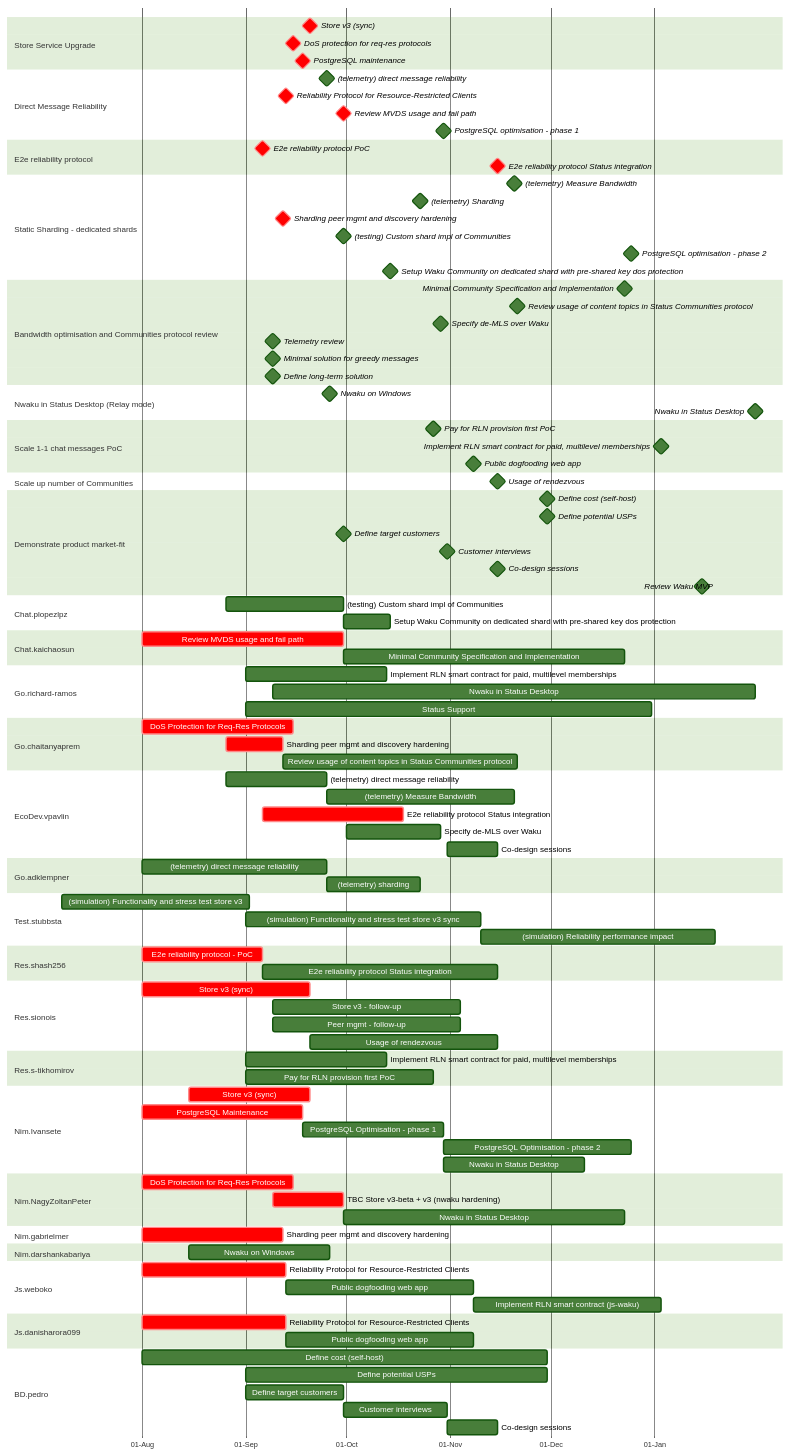
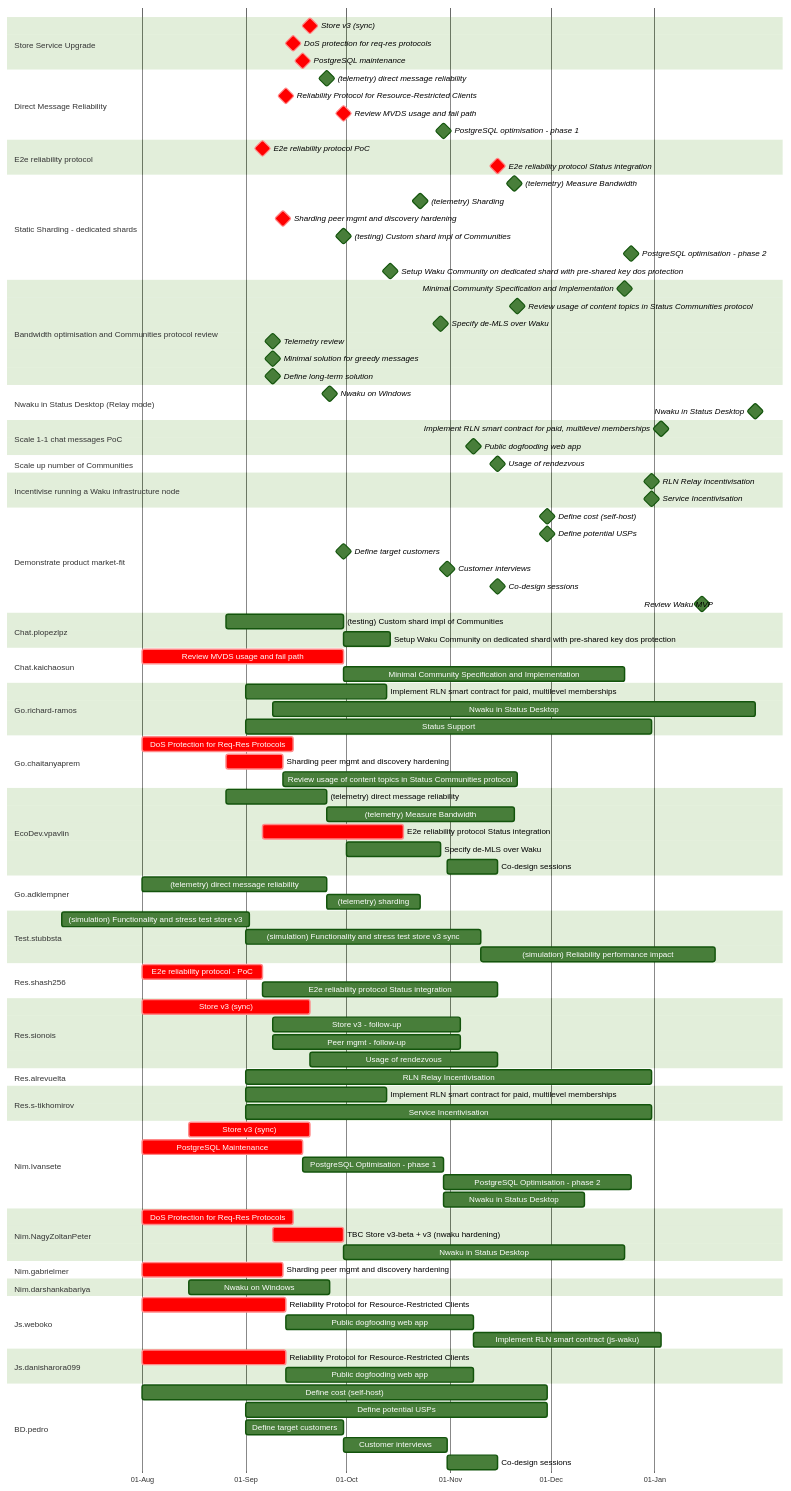
Before and after one commit to logos-co/roadmap: the diagram in content/waku/2024-gantt.md, drawn with Mermaid (forest theme).

Commit message:
incentivisation

```diff
--- a/content/waku/2024-gantt.md
+++ b/content/waku/2024-gantt.md
@@ -66,11 +66,13 @@
         Nwaku on Windows: milestone, after n-nwaku-windows, 0
         Nwaku in Status Desktop: milestone, after n-nwaku-status-desktop, 0
     section Scale 1-1 chat messages PoC
-        Pay for RLN provision first PoC: milestone, after r-rlnaas, 0
         Implement RLN smart contract for paid, multilevel memberships: milestone, after r-rln-sc n-rln-sc j-rln-sc, 0
         Public dogfooding web app: milestone, after j-pub-dogfood-web-app-1 j-pub-dogfood-web-app-2, 0
     section Scale up number of Communities
         Usage of rendezvous: milestone, after r-rendezvous, 0
+    section Incentivise running a Waku infrastructure node
+        RLN Relay Incentivisation: milestone, after r-rln-relay-incent, 0
+        Service Incentivisation: milestone, after r-svc-incent, 0
     section Demonstrate product market-fit
         Define cost (self-host): milestone, after bd-define-cost, 0
         Define potential USPs: milestone, after bd-define-usps, 0
@@ -120,10 +122,10 @@
         Peer mgmt - follow-up: after storev3-r, 8w
         Usage of rendezvous: r-rendezvous, after r-storev3sync, 8w
     section Res.alrevuelta
+        RLN Relay Incentivisation: r-rln-relay-incent, 2024-09-01, 2024-12-31
     section Res.s-tikhomirov
         Implement RLN smart contract for paid, multilevel memberships: rln-sc-d, 2024-09-01, 6w
-        %% TODO Estimate
-        Pay for RLN provision first PoC: r-rlnaas, 2024-09-01, 8w
+        Service Incentivisation: r-svc-incent, 2024-09-01, 2024-12-31
     section Nim.Ivansete
         Store v3 (sync): crit, n-storev3sync, 2024-08-15, 2024-09-20
         PostgreSQL Maintenance: crit, n-pgsql-m, 2024-08-01, 2024-09-18
```
